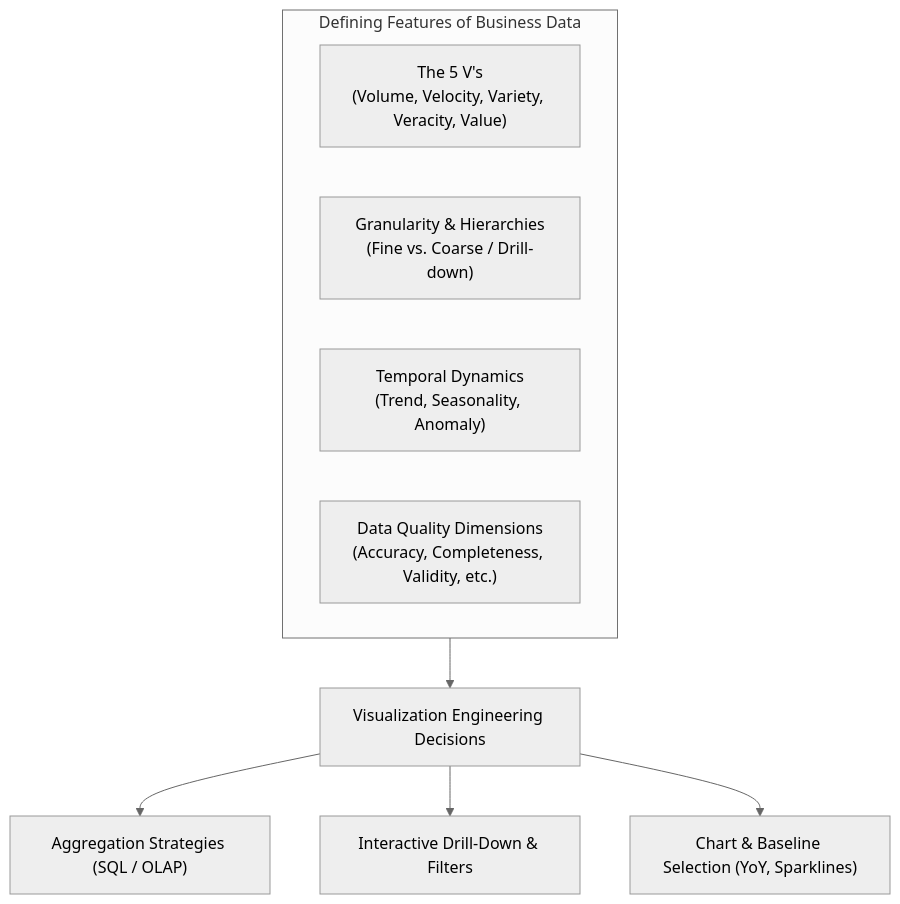
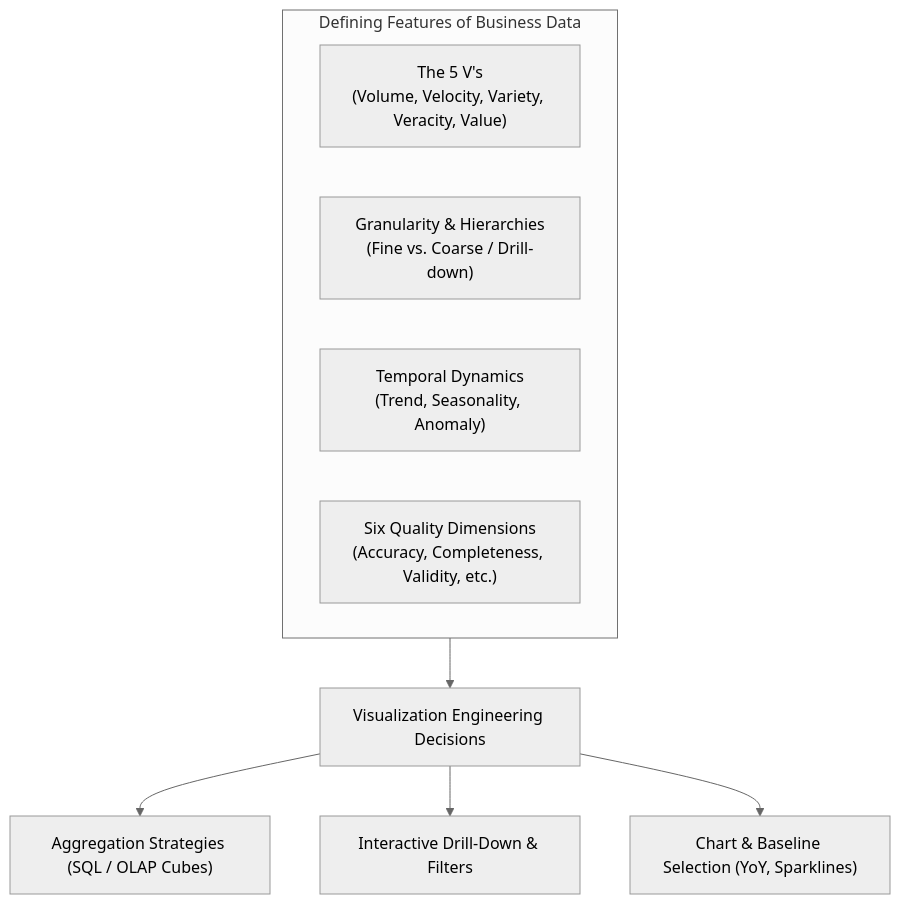
The first of 8 diagrams in notes/data_analysis/Chapter9_Features_of_Business_Data.md (DeepLumiere/DeepSkills), drawn with Mermaid (neutral theme) before and after one commit. The commit also changed other lines of this file and 8 other files, not shown here.

````diff
--- a/notes/data_analysis/Chapter9_Features_of_Business_Data.md
+++ b/notes/data_analysis/Chapter9_Features_of_Business_Data.md
@@ -31,13 +18,14 @@
 ```mermaid
 flowchart TD
     subgraph DataFeatures["Defining Features of Business Data"]
         V5["The 5 V's<br/>(Volume, Velocity, Variety, Veracity, Value)"]
         GR["Granularity & Hierarchies<br/>(Fine vs. Coarse / Drill-down)"]
         TM["Temporal Dynamics<br/>(Trend, Seasonality, Anomaly)"]
-        DQ["Data Quality Dimensions<br/>(Accuracy, Completeness, Validity, etc.)"]
+        DQ["Six Quality Dimensions<br/>(Accuracy, Completeness, Validity, etc.)"]
     end
+    
     DataFeatures --> VisDecision["Visualization Engineering Decisions"]
-    VisDecision --> AGG["Aggregation Strategies (SQL / OLAP)"]
+    VisDecision --> AGG["Aggregation Strategies (SQL / OLAP Cubes)"]
     VisDecision --> UI["Interactive Drill-Down & Filters"]
     VisDecision --> CHART["Chart & Baseline Selection (YoY, Sparklines)"]
 ```
````
